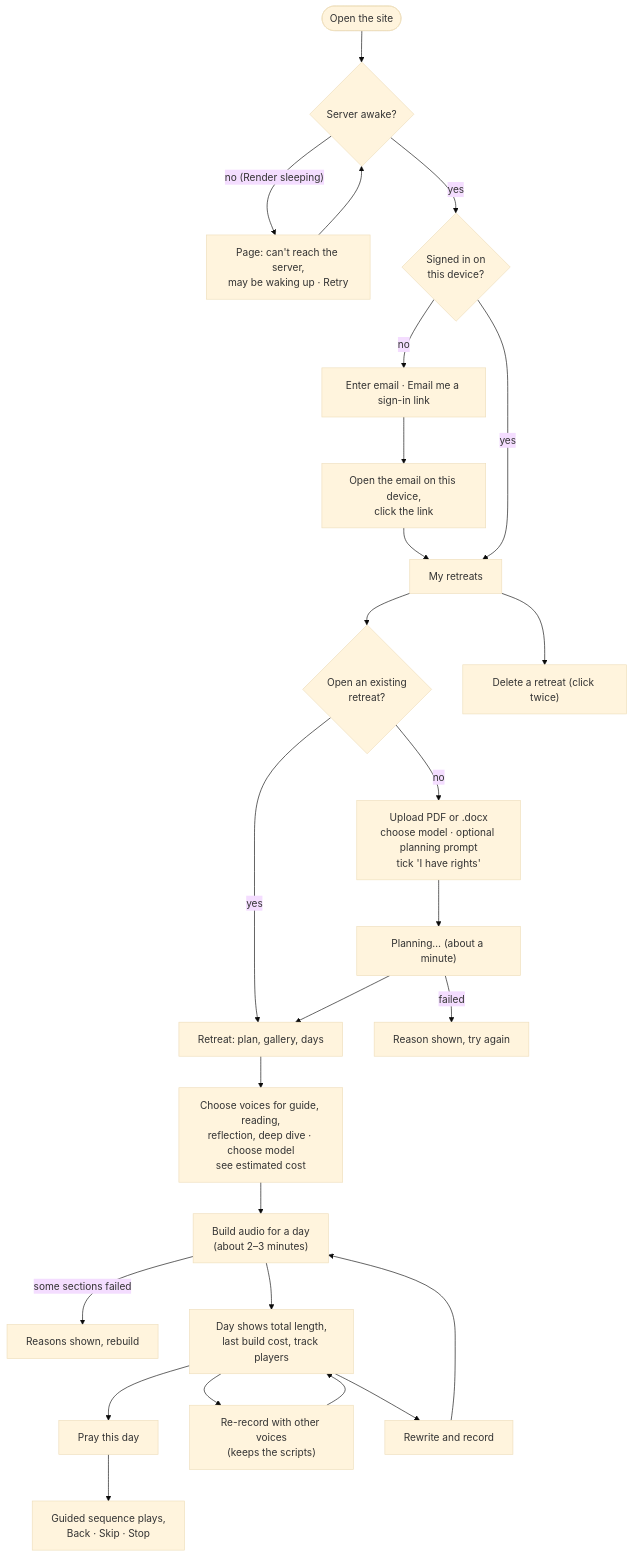
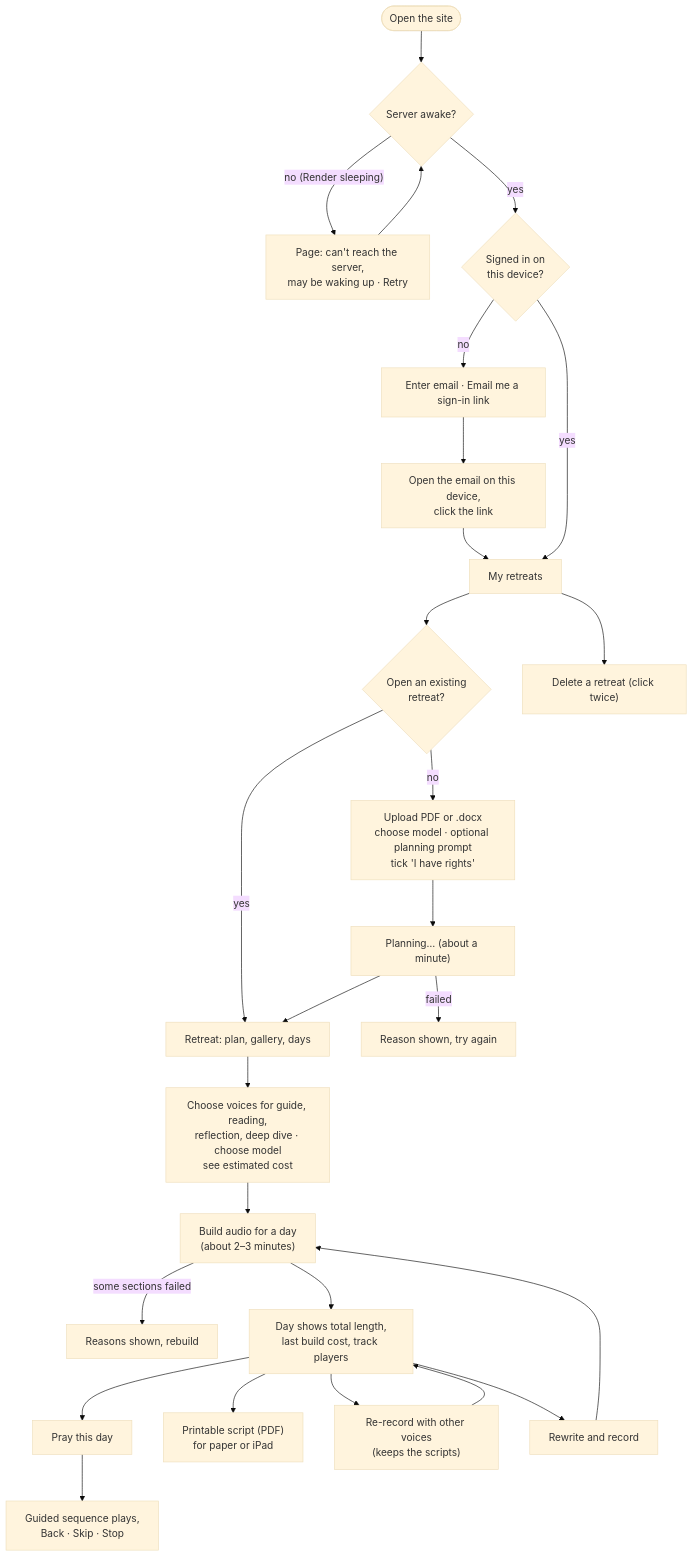
One commit to bcollier/ignatius-hw4-api changed the sixth of 18 diagrams in docs/ARCHITECTURE.md. Above: the diagram before and after it, drawn with Mermaid (base theme). The commit also changed other lines of this file and 5 other files, not shown here.

First line of the commit message:
Printable script PDF for a day or the whole retreat, in prayer order

````diff
--- a/docs/ARCHITECTURE.md
+++ b/docs/ARCHITECTURE.md
@@ -299,23 +299,24 @@
 ```mermaid
 flowchart TD
     A([Open the site]) --> B{Server awake?}
     B -- "no (Render sleeping)" --> B1["Page: can't reach the server,<br/>may be waking up · Retry"] --> B
     B -- yes --> C{Signed in on<br/>this device?}
     C -- no --> D["Enter email · Email me a sign-in link"] --> E["Open the email on this device,<br/>click the link"] --> F
     C -- yes --> F["My retreats"]
     F --> G{Open an existing<br/>retreat?}
     G -- yes --> K
     G -- no --> H["Upload PDF or .docx<br/>choose model · optional planning prompt<br/>tick 'I have rights'"]
     H --> I["Planning… (about a minute)"]
     I -- failed --> I1["Reason shown, try again"]
     I --> K["Retreat: plan, gallery, days"]
     K --> L["Choose voices for guide, reading,<br/>reflection, deep dive · choose model<br/>see estimated cost"]
     L --> M["Build audio for a day<br/>(about 2–3 minutes)"]
     M -- "some sections failed" --> M1["Reasons shown, rebuild"]
     M --> N["Day shows total length,<br/>last build cost, track players"]
     N --> O["Pray this day"]
+    N --> PDF["Printable script (PDF)<br/>for paper or iPad"]
     N --> P["Re-record with other voices<br/>(keeps the scripts)"] --> N
     N --> Q["Rewrite and record"] --> M
     O --> R["Guided sequence plays,<br/>Back · Skip · Stop"]
     F --> S["Delete a retreat (click twice)"]
 ```
````
